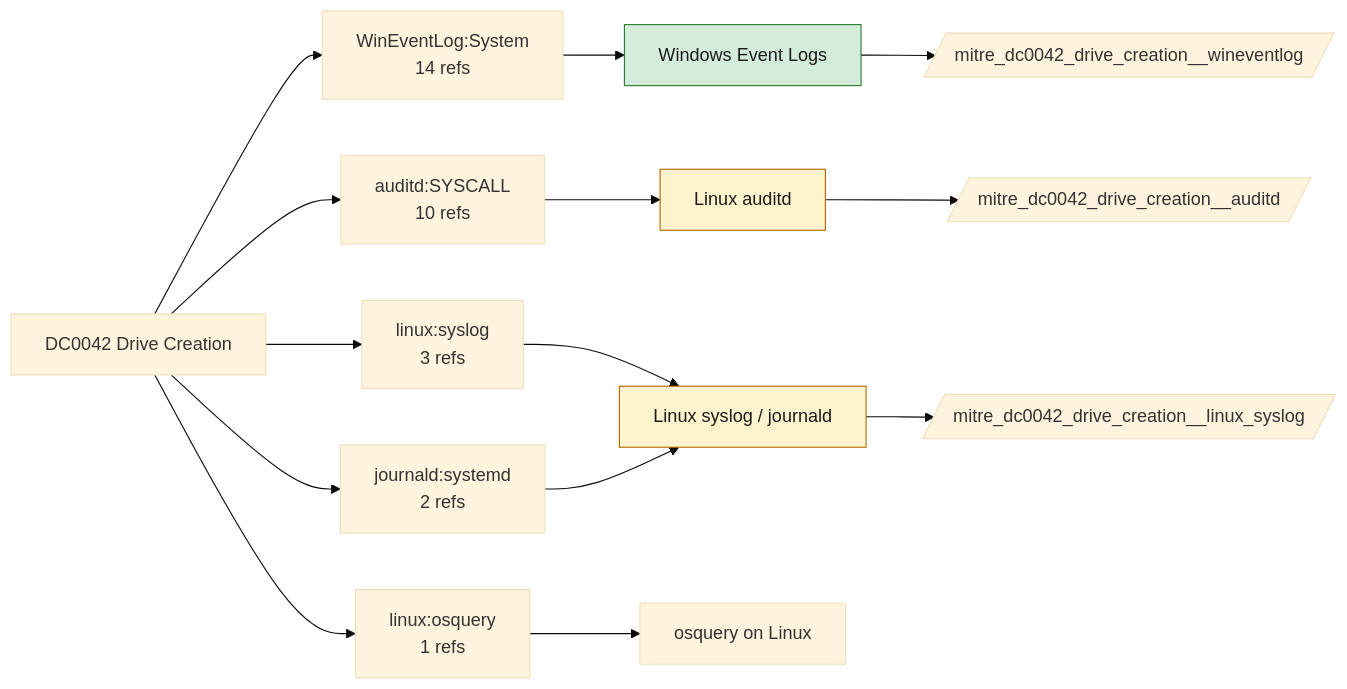
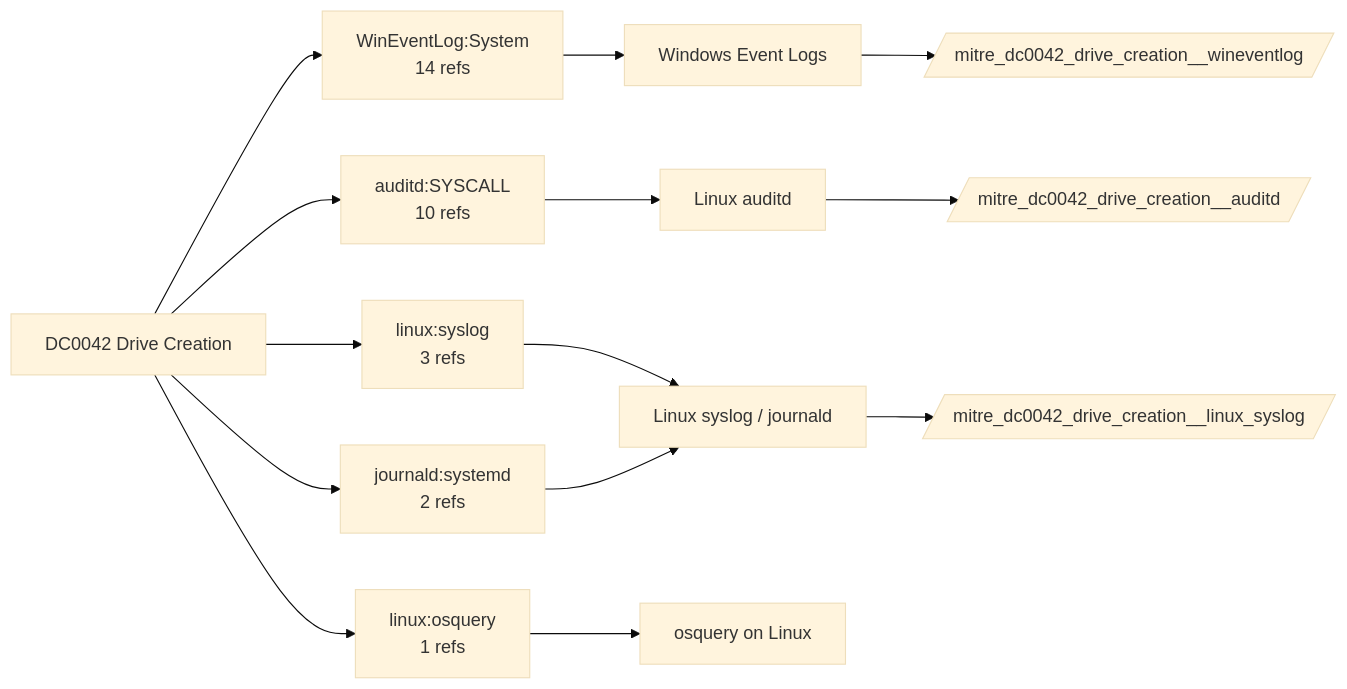
The diagram in docs/data-components/DC0042-drive-creation.md (dev-nobytes-io/mitre-defensive-mappings-spl), drawn with Mermaid (base theme) before and after one commit. The commit also changed other lines of this file and 366 other files, not shown here.

````diff
--- a/docs/data-components/DC0042-drive-creation.md
+++ b/docs/data-components/DC0042-drive-creation.md
@@ -19,26 +19,21 @@
 ```mermaid
 flowchart LR
   DC["DC0042 Drive Creation"]
   DC --> LS0["WinEventLog:System<br/>14 refs"]
   F_wineventlog["Windows Event Logs"]
   LS0 --> F_wineventlog
   DC --> LS1["auditd:SYSCALL<br/>10 refs"]
   F_auditd["Linux auditd"]
   LS1 --> F_auditd
   DC --> LS2["linux:syslog<br/>3 refs"]
   F_linux_syslog["Linux syslog / journald"]
   LS2 --> F_linux_syslog
   DC --> LS3["journald:systemd<br/>2 refs"]
   LS3 --> F_linux_syslog
   DC --> LS4["linux:osquery<br/>1 refs"]
   F_linux_osquery["osquery on Linux"]
   LS4 --> F_linux_osquery
+  F_auditd --> ET_auditd[/"mitre_dc0042_drive_creation__auditd"/]
+  F_linux_syslog --> ET_linux_syslog[/"mitre_dc0042_drive_creation__linux_syslog"/]
   F_wineventlog --> ET_wineventlog[/"mitre_dc0042_drive_creation__wineventlog"/]
-  class F_wineventlog live
-  F_auditd --> ET_auditd[/"mitre_dc0042_drive_creation__auditd"/]
-  class F_auditd ready
-  F_linux_syslog --> ET_linux_syslog[/"mitre_dc0042_drive_creation__linux_syslog"/]
-  class F_linux_syslog ready
-  classDef live fill:#d4edda,stroke:#2e7d32,color:#1b1b1b
-  classDef ready fill:#fff3cd,stroke:#b26a00,color:#1b1b1b
 ```
````
